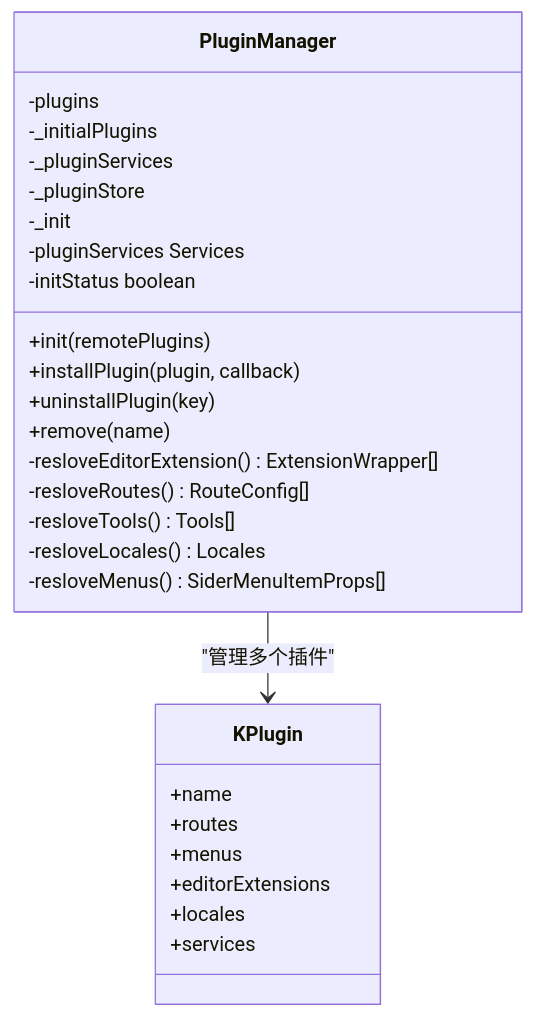
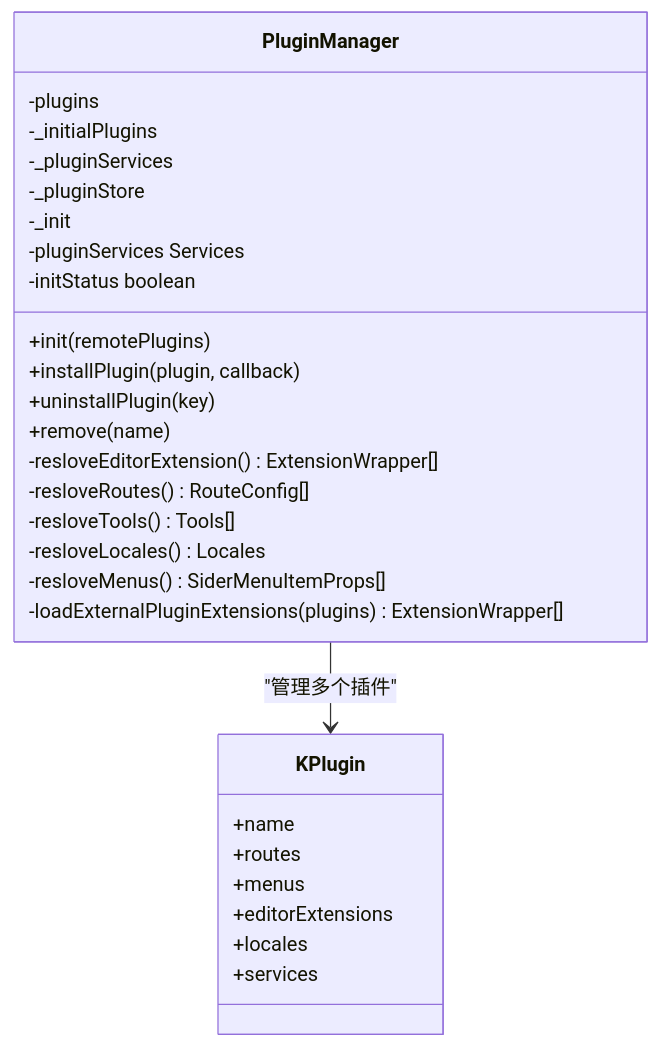
Before and after one commit to LRF0422/Kotion: the sixth of 18 diagrams in .qoder/repowiki/zh/content/核心模块/编辑器核心内核/编辑器扩展系统.md, drawn with Mermaid. The commit also changed other lines of this file and 75 other files, not shown here.

````diff
--- a/.qoder/repowiki/zh/content/核心模块/编辑器核心内核/编辑器扩展系统.md
+++ b/.qoder/repowiki/zh/content/核心模块/编辑器核心内核/编辑器扩展系统.md
@@ -252,30 +643,31 @@
 ```mermaid
 classDiagram
 class PluginManager {
 -plugins
 -_initialPlugins
 -_pluginServices
 -_pluginStore
 -_init
 +init(remotePlugins)
 +installPlugin(plugin, callback)
 +uninstallPlugin(key)
 +remove(name)
 -resloveEditorExtension() ExtensionWrapper[]
 -resloveRoutes() RouteConfig[]
 -resloveTools() Tools[]
 -resloveLocales() Locales
 -resloveMenus() SiderMenuItemProps[]
+-loadExternalPluginExtensions(plugins) ExtensionWrapper[]
 -pluginServices Services
 -initStatus boolean
 }
 class KPlugin {
 +name
 +routes
 +menus
 +editorExtensions
 +locales
 +services
 }
 PluginManager --> KPlugin : "管理多个插件"
 ```
````
